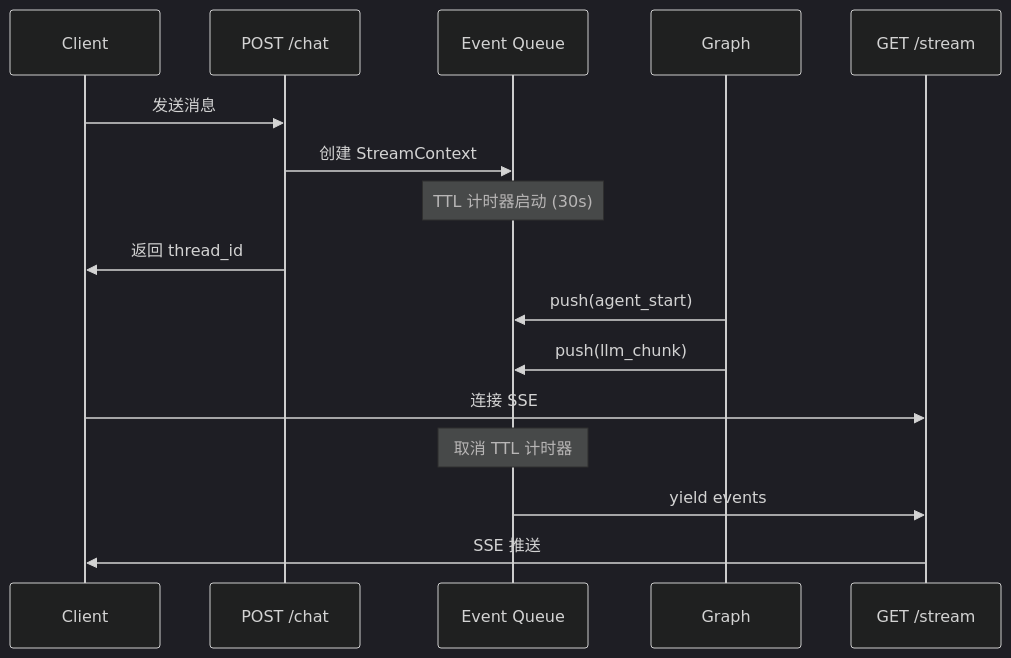
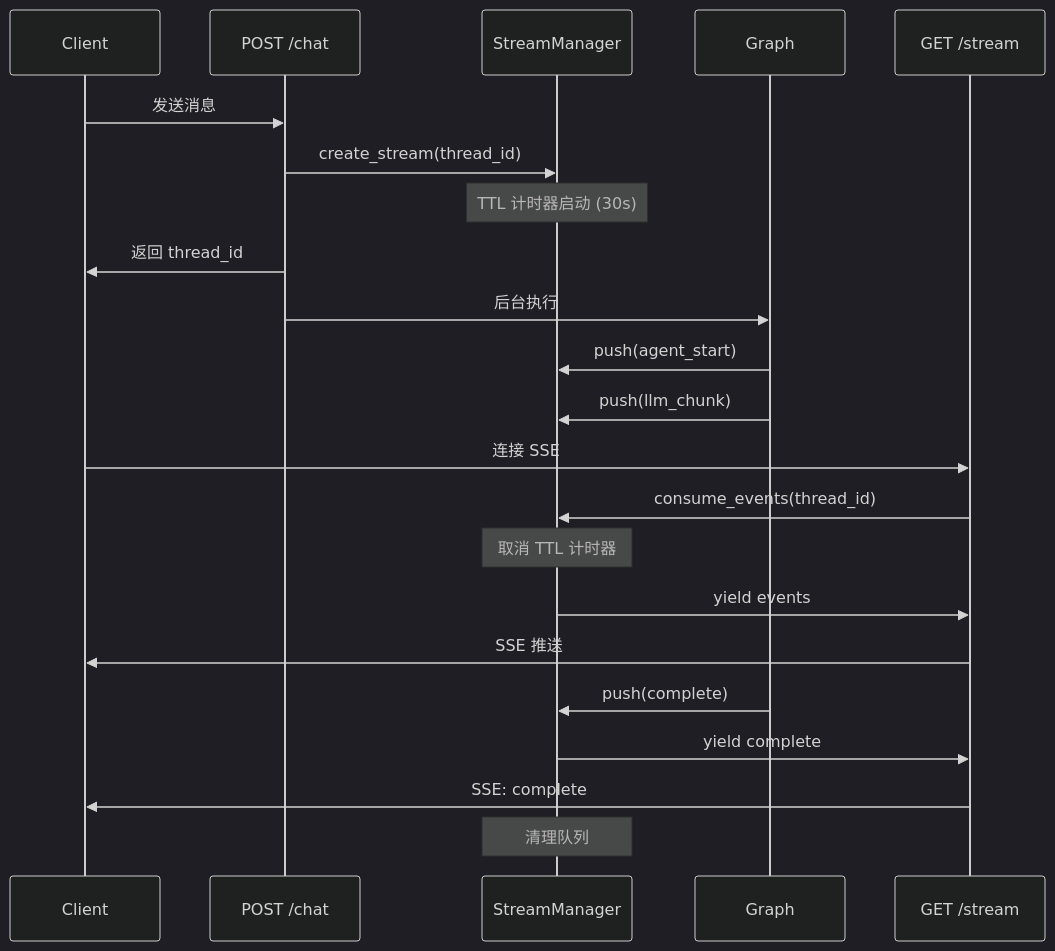
Before and after one commit to Neutrino1998/artifact-flow: the fifth of 6 diagrams in docs/request-lifecycle.md, drawn with Mermaid (dark theme). The commit also changed other lines of this file and 1 other file, not shown here.

````diff
--- a/docs/request-lifecycle.md
+++ b/docs/request-lifecycle.md
@@ -263,21 +271,28 @@
 ```mermaid
 sequenceDiagram
     participant Client
     participant POST as POST /chat
-    participant Queue as Event Queue
+    participant Queue as StreamManager
     participant Graph
     participant GET as GET /stream
 
     Client->>POST: 发送消息
-    POST->>Queue: 创建 StreamContext
+    POST->>Queue: create_stream(thread_id)
     Note over Queue: TTL 计时器启动 (30s)
     POST->>Client: 返回 thread_id
 
+    POST->>Graph: 后台执行
     Graph->>Queue: push(agent_start)
     Graph->>Queue: push(llm_chunk)
 
     Client->>GET: 连接 SSE
+    GET->>Queue: consume_events(thread_id)
     Note over Queue: 取消 TTL 计时器
     Queue->>GET: yield events
     GET->>Client: SSE 推送
+
+    Graph->>Queue: push(complete)
+    Queue->>GET: yield complete
+    GET->>Client: SSE: complete
+    Note over Queue: 清理队列
 ```
````
